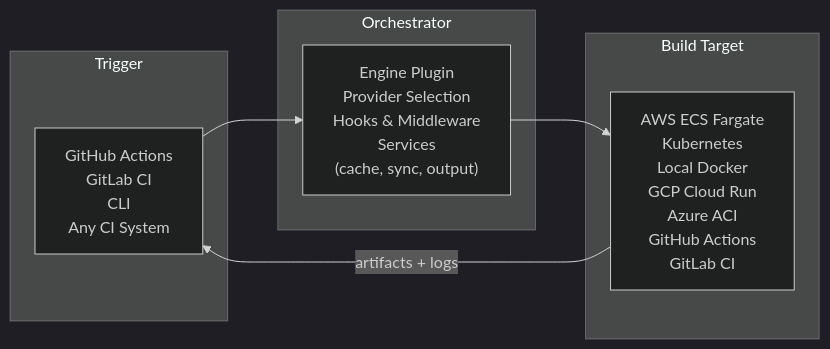
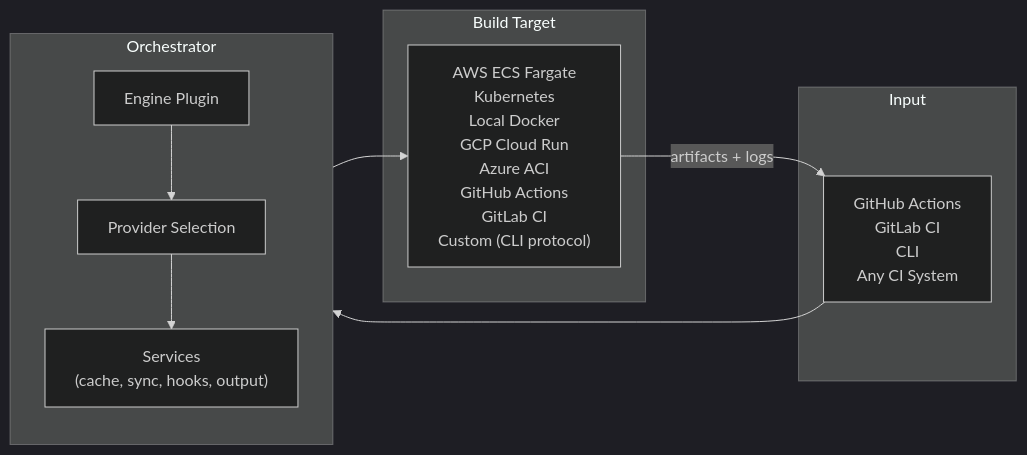
One commit to game-ci/orchestrator changed the first of 6 diagrams in README.md. Above: the diagram before and after it, drawn with Mermaid (dark theme). The commit also changed other lines of this file, not shown here.

First line of the commit message:
docs: improve README structure and expand engine agnosticism docs

````diff
--- a/README.md
+++ b/README.md
@@ -7,14 +7,17 @@
 ```mermaid
 flowchart LR
-  subgraph trigger["Trigger"]
-    A["GitHub Actions\nGitLab CI\nCLI\nAny CI System"]
+  subgraph input["Input"]
+    A["GitHub Actions<br/>GitLab CI<br/>CLI<br/>Any CI System"]
   end
   subgraph orchestrator["Orchestrator"]
-    B["Engine Plugin\nProvider Selection\nHooks & Middleware\nServices\n(cache, sync, output)"]
+    direction TB
+    E["Engine Plugin"] --> P["Provider Selection"]
+    P --> S["Services<br/>(cache, sync, hooks, output)"]
   end
   subgraph targets["Build Target"]
-    C["AWS ECS Fargate\nKubernetes\nLocal Docker\nGCP Cloud Run\nAzure ACI\nGitHub Actions\nGitLab CI"]
+    C["AWS ECS Fargate<br/>Kubernetes<br/>Local Docker<br/>GCP Cloud Run<br/>Azure ACI<br/>GitHub Actions<br/>GitLab CI<br/>Custom (CLI protocol)"]
   end
-  A --> B --> C
+  A --> E
+  S --> C
   C -- "artifacts + logs" --> A
 ```
````
